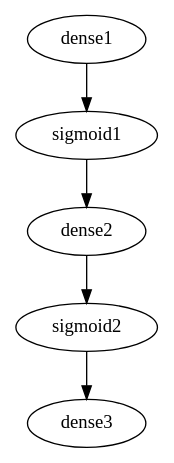
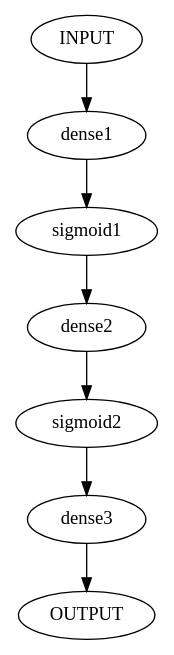
Before and after one commit to qkmaxware/DotML: the diagram in DotML.NetDOT/Readme.md, drawn with Graphviz. The commit also changed 33 other files, not shown here.

````diff
--- a/DotML.NetDOT/Readme.md
+++ b/DotML.NetDOT/Readme.md
@@ -9,10 +9,12 @@
 ```dot
 digraph MyNetwork {
-    dense1      ["net:type"="DenseLinear" "net:neurons"="2"];
-    sigmoid1    ["net:type"="Activation" "net:fn"="sigmoid"];
-    dense2      ["net:type"="DenseLinear" "net:neurons"="2"];
-    sigmoid2    ["net:type"="Activation" "net:fn"="sigmoid"];
-    dense3      ["net:type"="DenseLinear" "net:neurons"="1"];
-    dense1 -> sigmoid1 -> dense2 -> sigmoid2 -> dense3;
+    INPUT       ["type"="input"]
+    dense1      ["type"="DenseLinear" "neurons"="2"];
+    sigmoid1    ["type"="Activation" "fn"="sigmoid"];
+    dense2      ["type"="DenseLinear" "neurons"="2"];
+    sigmoid2    ["type"="Activation" "fn"="sigmoid"];
+    dense3      ["type"="DenseLinear" "neurons"="1"];
+    OUTPUT      ["type"="output"]
+    INPUT -> dense1 -> sigmoid1 -> dense2 -> sigmoid2 -> dense3 -> OUTPUT;
 }
 ```
````
